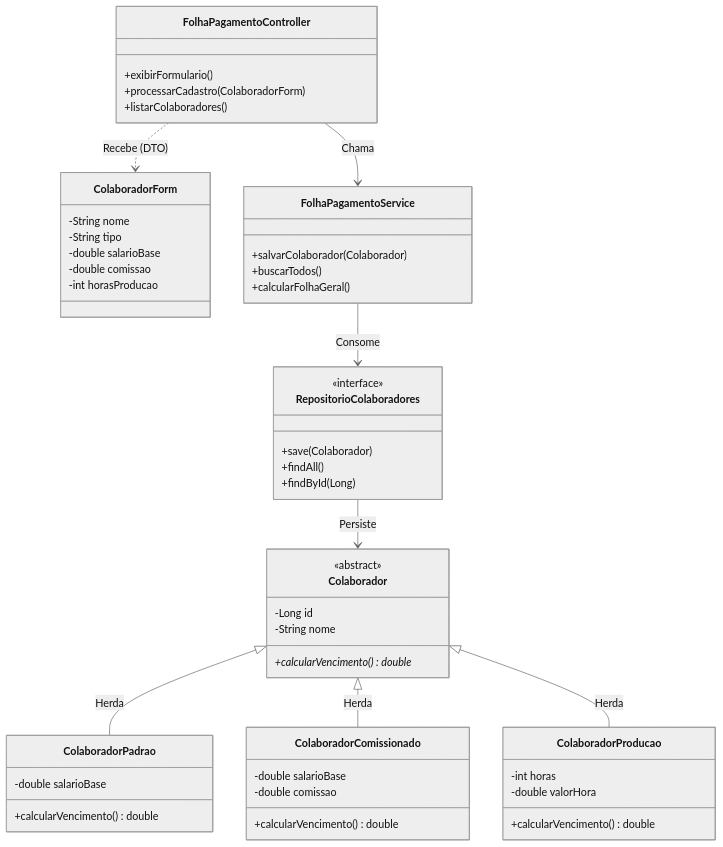
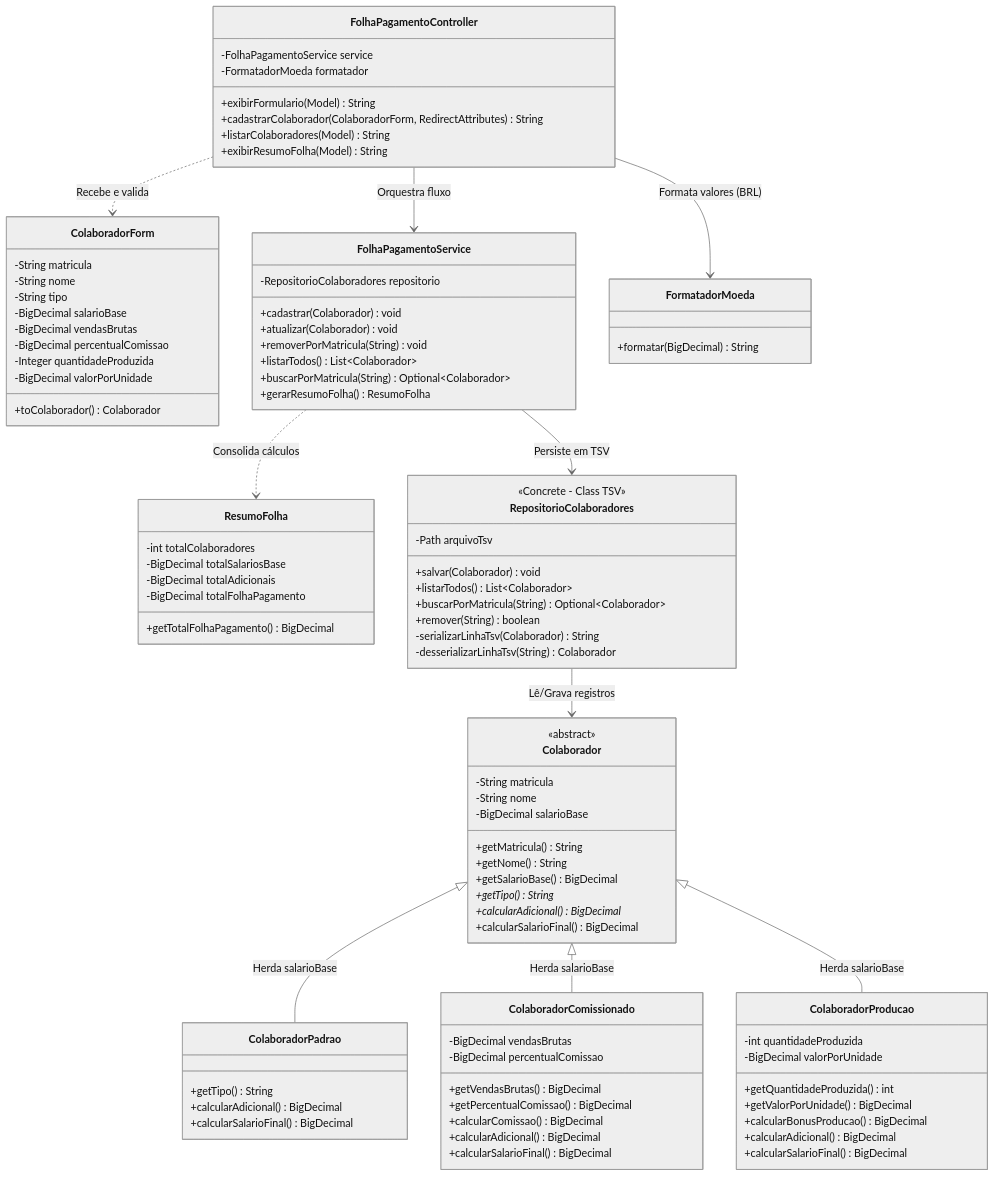
Before and after one commit to aruwer/FolhaPagamento: the second of 5 diagrams in docs/Arquitetura.md, drawn with Mermaid (neutral theme). The commit also changed other lines of this file and 1 other file, not shown here.

````diff
--- a/docs/Arquitetura.md
+++ b/docs/Arquitetura.md
@@ -29,62 +48,112 @@
 ```mermaid
 classDiagram
-    %% Camada de Interface
+    direction TB
+
+    %% Camada de Apresentação / Web
     class FolhaPagamentoController {
-        +exibirFormulario()
-        +processarCadastro(ColaboradorForm)
-        +listarColaboradores()
+        -FolhaPagamentoService service
+        -FormatadorMoeda formatador
+        +exibirFormulario(Model) String
+        +cadastrarColaborador(ColaboradorForm, RedirectAttributes) String
+        +listarColaboradores(Model) String
+        +exibirResumoFolha(Model) String
     }
+
     class ColaboradorForm {
+        -String matricula
         -String nome
         -String tipo
-        -double salarioBase
-        -double comissao
-        -int horasProducao
+        -BigDecimal salarioBase
+        -BigDecimal vendasBrutas
+        -BigDecimal percentualComissao
+        -Integer quantidadeProduzida
+        -BigDecimal valorPorUnidade
+        +toColaborador() Colaborador
     }
 
-    %% Camada de Serviço
+    %% Camada de Serviço / Aplicação
     class FolhaPagamentoService {
-        +salvarColaborador(Colaborador)
-        +buscarTodos()
-        +calcularFolhaGeral()
+        -RepositorioColaboradores repositorio
+        +cadastrar(Colaborador) void
+        +atualizar(Colaborador) void
+        +removerPorMatricula(String) void
+        +listarTodos() List~Colaborador~
+        +buscarPorMatricula(String) Optional~Colaborador~
+        +gerarResumoFolha() ResumoFolha
     }
 
-    %% Camada de Persistência
+    class ResumoFolha {
+        -int totalColaboradores
+        -BigDecimal totalSalariosBase
+        -BigDecimal totalAdicionais
+        -BigDecimal totalFolhaPagamento
+        +getTotalFolhaPagamento() BigDecimal
+    }
+
+    class FormatadorMoeda {
+        +formatar(BigDecimal) String
+    }
+
+    %% Camada de Persistência Atual (AS-IS: Classe Concreta TSV)
     class RepositorioColaboradores {
-        <<interface>>
-        +save(Colaborador)
-        +findAll()
-        +findById(Long)
+        <<Concrete - Class TSV>>
+        -Path arquivoTsv
+        +salvar(Colaborador) void
+        +listarTodos() List~Colaborador~
+        +buscarPorMatricula(String) Optional~Colaborador~
+        +remover(String) boolean
+        -serializarLinhaTsv(Colaborador) String
+        -desserializarLinhaTsv(String) Colaborador
     }
 
     %% Camada de Domínio
     class Colaborador {
         <<abstract>>
-        -Long id
+        -String matricula
         -String nome
-        +calcularVencimento()* double
-    }
-    class ColaboradorPadrao {
-        -double salarioBase
-        +calcularVencimento() double
-    }
-    class ColaboradorComissionado {
-        -double salarioBase
-        -double comissao
-        +calcularVencimento() double
-    }
-    class ColaboradorProducao {
-        -int horas
-        -double valorHora
-        +calcularVencimento() double
+        -BigDecimal salarioBase
+        +getMatricula() String
+        +getNome() String
+        +getSalarioBase() BigDecimal
+        +getTipo() String*
+        +calcularAdicional() BigDecimal*
+        +calcularSalarioFinal() BigDecimal
     }
 
-    %% Relações e Fronteiras
-    FolhaPagamentoController ..> ColaboradorForm : Recebe (DTO)
-    FolhaPagamentoController --> FolhaPagamentoService : Chama
-    FolhaPagamentoService --> RepositorioColaboradores : Consome
-    RepositorioColaboradores --> Colaborador : Persiste
-    Colaborador <|-- ColaboradorPadrao : Herda
-    Colaborador <|-- ColaboradorComissionado : Herda
-    Colaborador <|-- ColaboradorProducao : Herda
+    class ColaboradorPadrao {
+        +getTipo() String
+        +calcularAdicional() BigDecimal
+        +calcularSalarioFinal() BigDecimal
+    }
+
+    class ColaboradorComissionado {
+        -BigDecimal vendasBrutas
+        -BigDecimal percentualComissao
+        +getVendasBrutas() BigDecimal
+        +getPercentualComissao() BigDecimal
+        +calcularComissao() BigDecimal
+        +calcularAdicional() BigDecimal
+        +calcularSalarioFinal() BigDecimal
+    }
+
+    class ColaboradorProducao {
+        -int quantidadeProduzida
+        -BigDecimal valorPorUnidade
+        +getQuantidadeProduzida() int
+        +getValorPorUnidade() BigDecimal
+        +calcularBonusProducao() BigDecimal
+        +calcularAdicional() BigDecimal
+        +calcularSalarioFinal() BigDecimal
+    }
+
+    %% Relacionamentos
+    FolhaPagamentoController ..> ColaboradorForm : Recebe e valida
+    FolhaPagamentoController --> FolhaPagamentoService : Orquestra fluxo
+    FolhaPagamentoController --> FormatadorMoeda : Formata valores (BRL)
+    FolhaPagamentoService --> RepositorioColaboradores : Persiste em TSV
+    FolhaPagamentoService ..> ResumoFolha : Consolida cálculos
+    RepositorioColaboradores --> Colaborador : Lê/Grava registros
+    Colaborador <|-- ColaboradorPadrao : Herda salarioBase
+    Colaborador <|-- ColaboradorComissionado : Herda salarioBase
+    Colaborador <|-- ColaboradorProducao : Herda salarioBase
 ```
````
